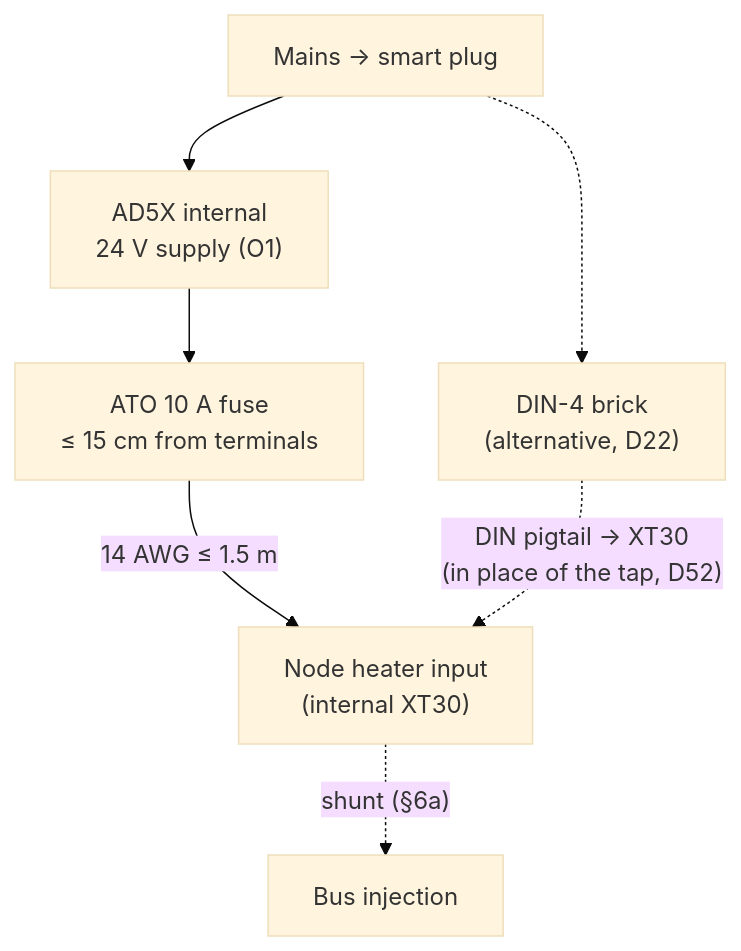
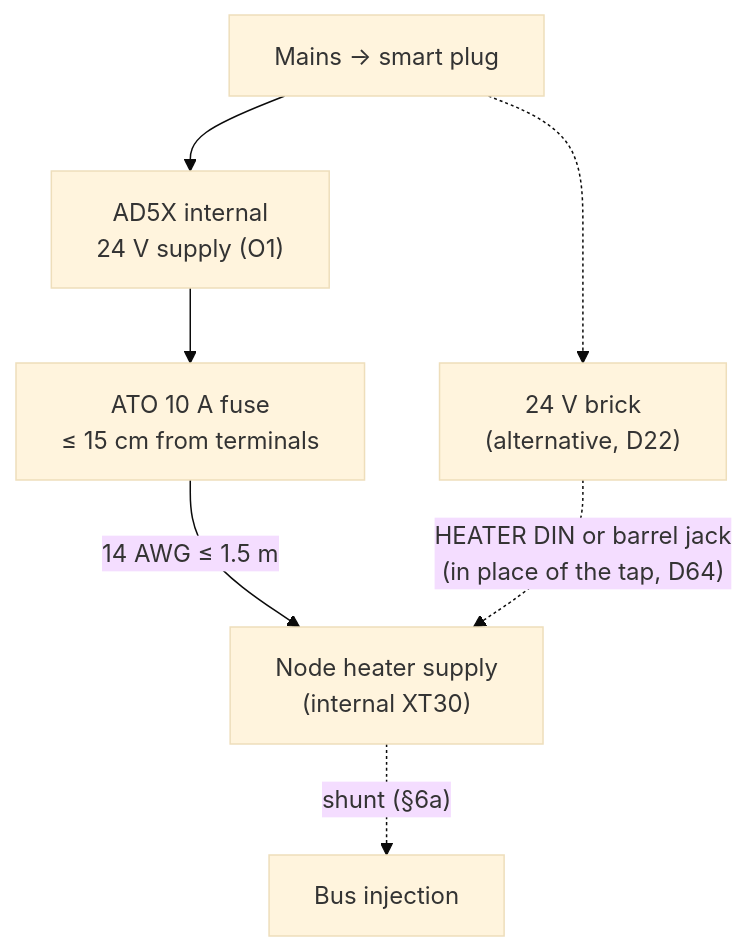
The second of 3 diagrams in docs/04_wiring_and_pinouts.md (BashfulBits/3dp-fleet-exhaust), drawn with Mermaid (base theme) before and after one commit. The commit also changed other lines of this file and 7 other files, not shown here.

````diff
--- a/docs/04_wiring_and_pinouts.md
+++ b/docs/04_wiring_and_pinouts.md
@@ -22,9 +22,9 @@
 ```mermaid
 flowchart TB
   SP["Mains → smart plug"] --> AD["AD5X internal<br>24 V supply (O1)"]
   AD --> FU["ATO 10 A fuse<br>≤ 15 cm from terminals"]
-  FU -->|"14 AWG ≤ 1.5 m"| N["Node heater input<br>(internal XT30)"]
-  SP -.-> BRK["DIN-4 brick<br>(alternative, D22)"]
-  BRK -.->|"DIN pigtail → XT30<br>(in place of the tap, D52)"| N
+  FU -->|"14 AWG ≤ 1.5 m"| N["Node heater supply<br>(internal XT30)"]
+  SP -.-> BRK["24 V brick<br>(alternative, D22)"]
+  BRK -.->|"HEATER DIN or barrel jack<br>(in place of the tap, D64)"| N
   N -.->|"shunt (§6a)"| BUS["Bus injection"]
 ```
````
